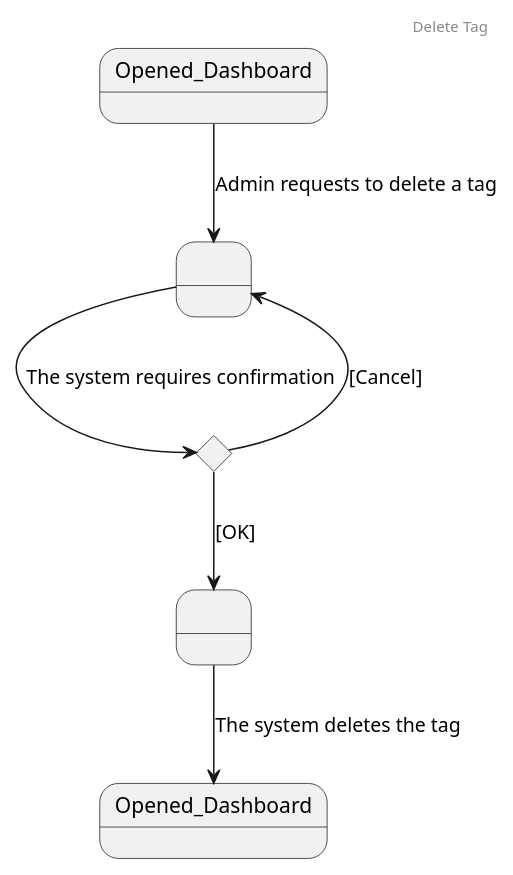
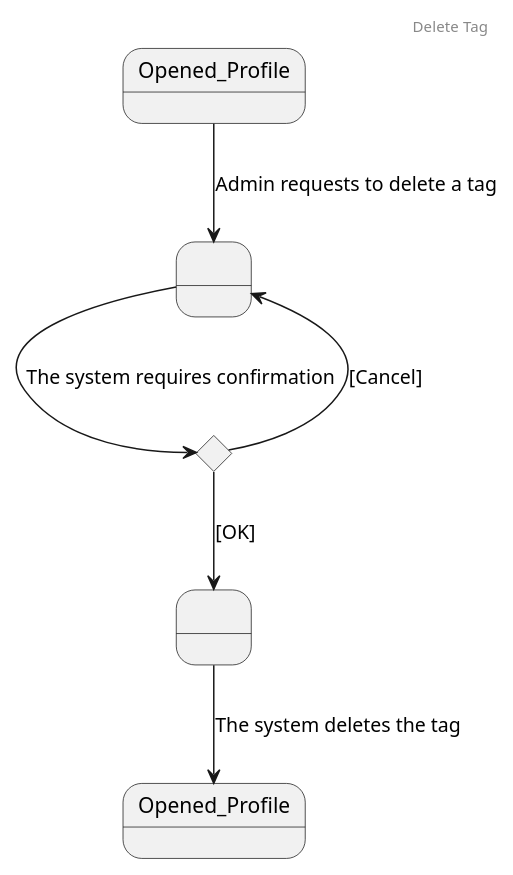
The diagram in src/main/resources/templates/useCases/especificacionesCasosDeUso/deleteTag.plantuml (rafaelacirino/miw-backend-foro), drawn with PlantUML before and after one commit. The commit also changed 9 other files, not shown here.

Commit message:
update diagrams

```diff
--- a/src/main/resources/templates/useCases/especificacionesCasosDeUso/deleteTag.plantuml
+++ b/src/main/resources/templates/useCases/especificacionesCasosDeUso/deleteTag.plantuml
@@ -1,18 +1,18 @@
 @startuml
 
 header Delete Tag
 
 state " " as s1
 state " " as s2
-state "Opened_Dashboard" as s3
+state "Opened_Profile" as s3
 state "Decision" as Decision <<choice>>
 
-Opened_Dashboard -down-> s1 : Admin requests to delete a tag
+Opened_Profile -down-> s1 : Admin requests to delete a tag
 s1 -down-> Decision : The system requires confirmation
 
 Decision -down-> s2 : [OK]
 Decision -down-> s1 : [Cancel]
 
 s2 --> s3 : The system deletes the tag
 
 @enduml
```
